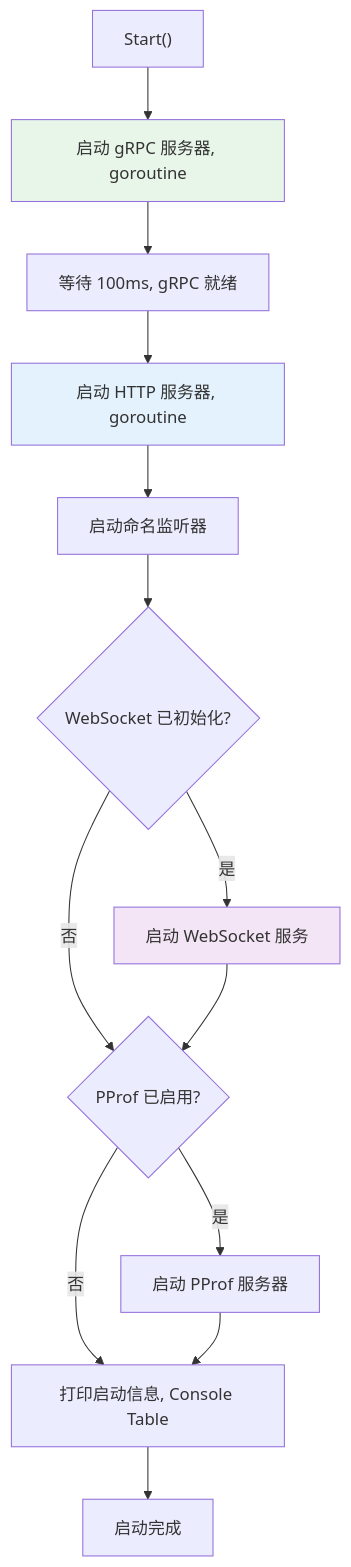
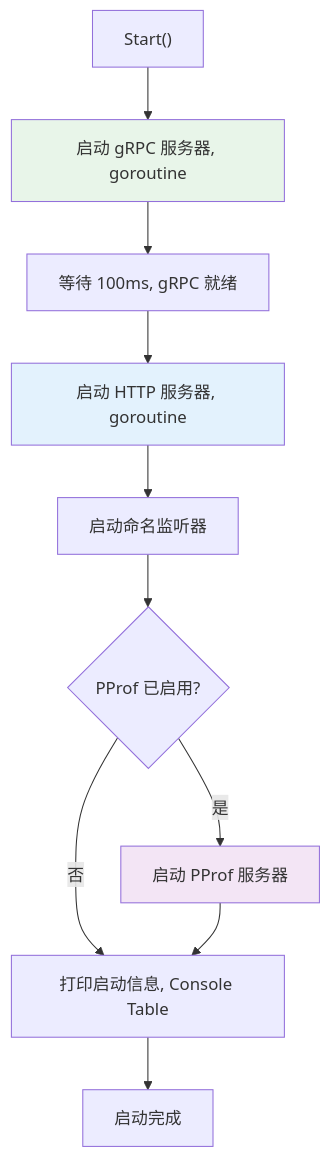
One commit to kamalyes/go-rpc-gateway changed the first of 4 diagrams in docs/SERVER.md. Above: the diagram before and after it, drawn with Mermaid. The commit also changed other lines of this file and 17 other files, not shown here.

````diff
--- a/docs/SERVER.md
+++ b/docs/SERVER.md
@@ -327,19 +327,16 @@
 ```mermaid
 flowchart TD
     START["Start()"] --> GRPC["启动 gRPC 服务器, goroutine"]
     GRPC --> WAIT["等待 100ms, gRPC 就绪"]
     WAIT --> HTTP["启动 HTTP 服务器, goroutine"]
     HTTP --> NL["启动命名监听器"]
-    NL --> WS{"WebSocket 已初始化?"}
-    WS -->|是| WS_START["启动 WebSocket 服务"]
-    WS -->|否| PPROF_CHECK
-    WS_START --> PPROF_CHECK{"PProf 已启用?"}
+    NL --> PPROF_CHECK{"PProf 已启用?"}
     PPROF_CHECK -->|是| PPROF_START["启动 PProf 服务器"]
     PPROF_CHECK -->|否| BANNER
     PPROF_START --> BANNER["打印启动信息, Console Table"]
     BANNER --> DONE["启动完成"]
 
     style GRPC fill:#e8f5e9
     style HTTP fill:#e3f2fd
-    style WS_START fill:#f3e5f5
+    style PPROF_START fill:#f3e5f5
 ```
````
